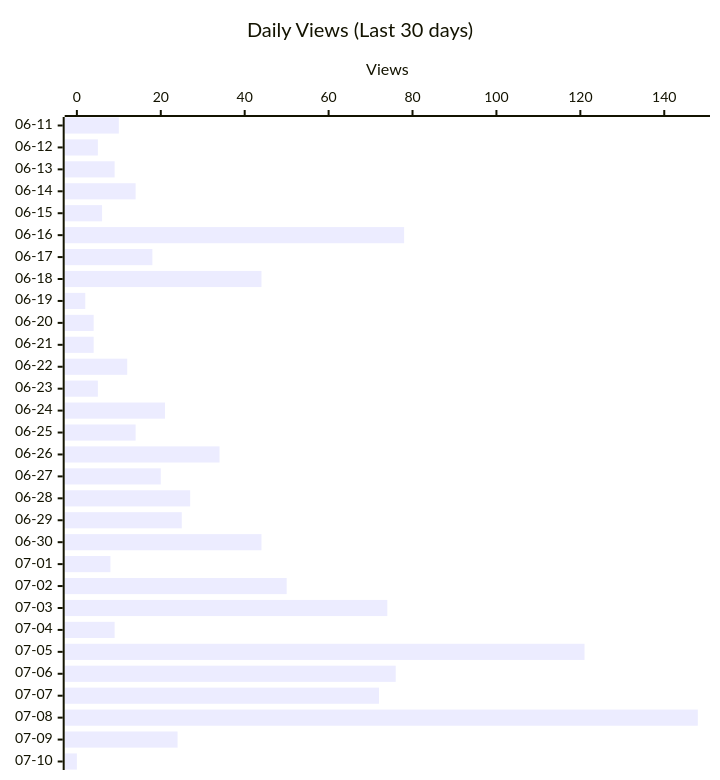
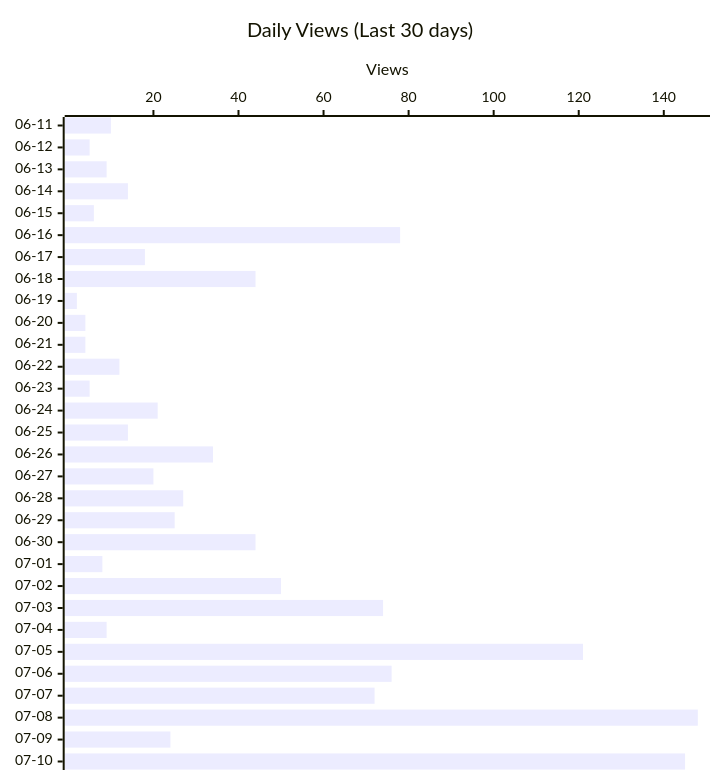
The second of 4 diagrams in README.md (shigechika/github-insights), drawn with Mermaid before and after one commit. The commit also changed other lines of this file and 2 other files, not shown here.

````diff
--- a/README.md
+++ b/README.md
@@ -28,12 +28,12 @@
 ```mermaid
 ---
 config:
   xyChart:
     height: 760
 ---
 xychart-beta horizontal
     title "Daily Views (Last 30 days)"
     x-axis ["06-11", "06-12", "06-13", "06-14", "06-15", "06-16", "06-17", "06-18", "06-19", "06-20", "06-21", "06-22", "06-23", "06-24", "06-25", "06-26", "06-27", "06-28", "06-29", "06-30", "07-01", "07-02", "07-03", "07-04", "07-05", "07-06", "07-07", "07-08", "07-09", "07-10"]
     y-axis "Views"
-    bar [10, 5, 9, 14, 6, 78, 18, 44, 2, 4, 4, 12, 5, 21, 14, 34, 20, 27, 25, 44, 8, 50, 74, 9, 121, 76, 72, 148, 24, 0]
+    bar [10, 5, 9, 14, 6, 78, 18, 44, 2, 4, 4, 12, 5, 21, 14, 34, 20, 27, 25, 44, 8, 50, 74, 9, 121, 76, 72, 148, 24, 145]
 ```
````
